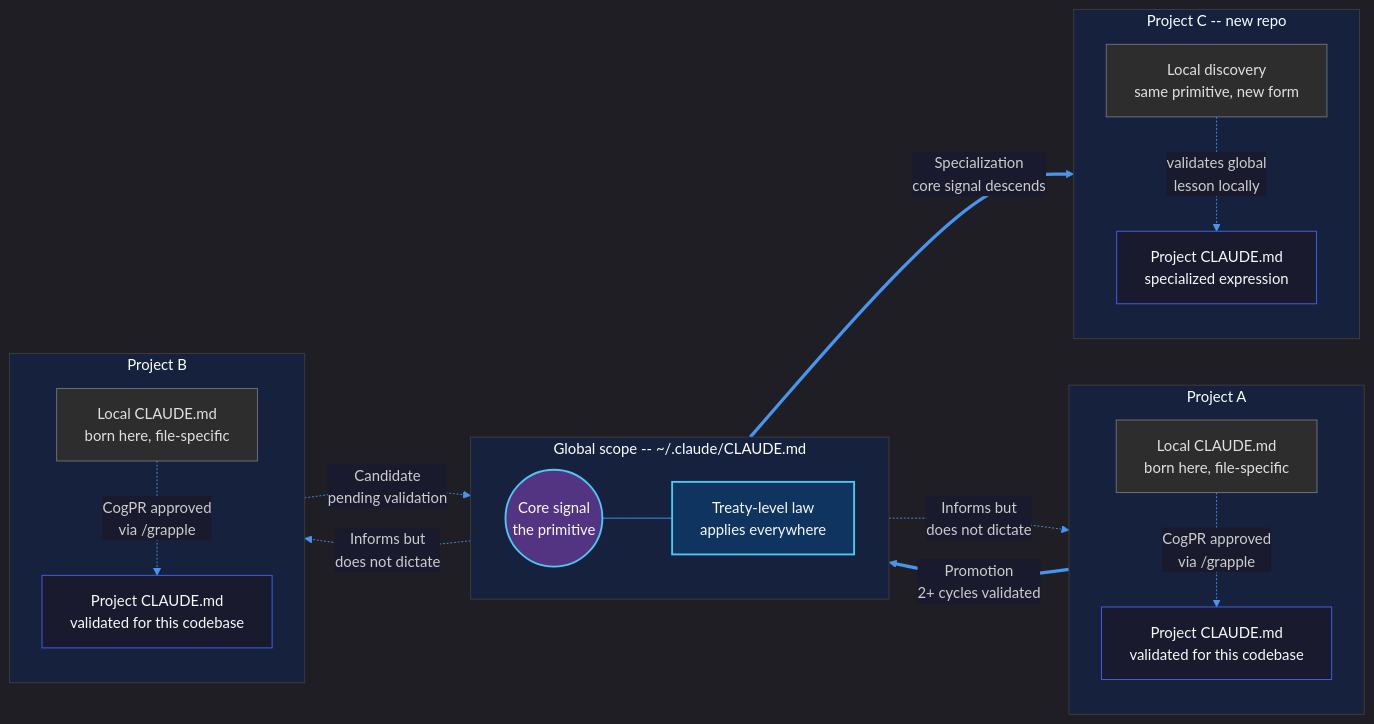
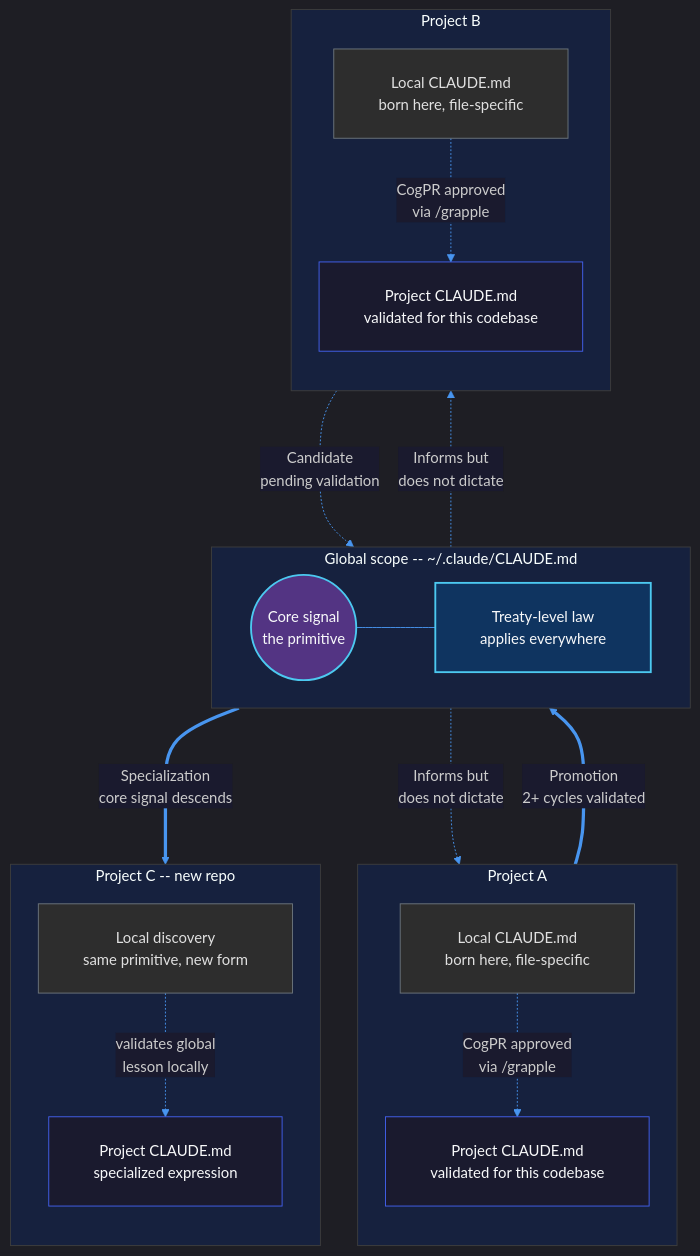
One commit to prompted365/context-grapple-gun changed the first of 2 diagrams in README.md. Above: the diagram before and after it, drawn with Mermaid. The commit also changed 1 other file, not shown here.

Commit message:
fix: add padding/spacing config and extend cross-subgraph links
flowchart config: padding 24, rankSpacing 60, nodeSpacing 40.
Cross-subgraph links extended by one rank to reduce label overlap.
README abstraction ladder switched back to TB for vertical hierarchy.

````diff
--- a/README.md
+++ b/README.md
@@ -46,47 +46,47 @@
 ```mermaid
-%%{init: {'theme': 'dark', 'themeVariables': {'primaryColor': '#4361ee', 'primaryTextColor': '#f8f9fa', 'primaryBorderColor': '#6c757d', 'lineColor': '#4895ef', 'secondaryColor': '#1a1a2e', 'tertiaryColor': '#16213e', 'edgeLabelBackground': '#1a1a2e', 'clusterBkg': '#16213e', 'clusterBorder': '#3d3d3d'}}}%%
-flowchart LR
+%%{init: {'theme': 'dark', 'flowchart': {'padding': 24, 'rankSpacing': 60, 'nodeSpacing': 40}, 'themeVariables': {'primaryColor': '#4361ee', 'primaryTextColor': '#f8f9fa', 'primaryBorderColor': '#6c757d', 'lineColor': '#4895ef', 'secondaryColor': '#1a1a2e', 'tertiaryColor': '#16213e', 'edgeLabelBackground': '#1a1a2e', 'clusterBkg': '#16213e', 'clusterBorder': '#3d3d3d'}}}%%
+flowchart TB
     subgraph GLOBAL["Global scope -- ~/.claude/CLAUDE.md"]
         direction LR
         G1(("Core signal<br/>the primitive"))
         G2["Treaty-level law<br/>applies everywhere"]
         G1 --- G2
     end
 
     subgraph PROJ_A["Project A"]
         direction TB
         PA1["Project CLAUDE.md<br/>validated for this codebase"]
         PA2["Local CLAUDE.md<br/>born here, file-specific"]
         PA2 -. "CogPR approved<br/>via /grapple" .-> PA1
     end
 
     subgraph PROJ_B["Project B"]
         direction TB
         PB1["Project CLAUDE.md<br/>validated for this codebase"]
         PB2["Local CLAUDE.md<br/>born here, file-specific"]
         PB2 -. "CogPR approved<br/>via /grapple" .-> PB1
     end
 
     subgraph PROJ_C["Project C -- new repo"]
         direction TB
         PC1["Project CLAUDE.md<br/>specialized expression"]
         PC2["Local discovery<br/>same primitive, new form"]
         PC2 -. "validates global<br/>lesson locally" .-> PC1
     end
 
-    PA1 == "Promotion<br/>2+ cycles validated" ==> GLOBAL
-    PB1 -. "Candidate<br/>pending validation" .-> GLOBAL
-    GLOBAL == "Specialization<br/>core signal descends" ==> PC1
-    GLOBAL -. "Informs but<br/>does not dictate" .-> PA1
-    GLOBAL -. "Informs but<br/>does not dictate" .-> PB1
+    PA1 == "Promotion<br/>2+ cycles validated" ===> GLOBAL
+    PB1 -. "Candidate<br/>pending validation" ..-> GLOBAL
+    GLOBAL == "Specialization<br/>core signal descends" ===> PC1
+    GLOBAL -. "Informs but<br/>does not dictate" ..-> PA1
+    GLOBAL -. "Informs but<br/>does not dictate" ..-> PB1
 
     classDef global fill:#0f3460,stroke:#4cc9f0,color:#f8f9fa,stroke-width:2px
     classDef project fill:#1a1a2e,stroke:#4361ee,color:#f8f9fa
     classDef local fill:#2d2d2d,stroke:#6c757d,color:#e0e0e0
     classDef core fill:#533483,stroke:#4cc9f0,color:#f8f9fa,stroke-width:2px
 
     class G1 core
     class G2 global
     class PA1,PB1,PC1 project
     class PA2,PB2,PC2 local
 ```
````
